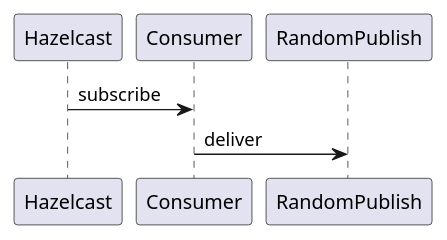
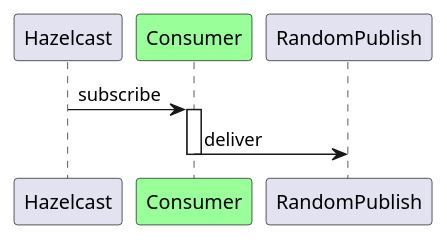
Before and after one commit to yurake/k8s-3tier-webapp: the diagram in docs/uml/consumer-hazelcast-quarkus.pu, drawn with PlantUML. The commit also changed 22 other files, not shown here.

```diff
--- a/docs/uml/consumer-hazelcast-quarkus.pu
+++ b/docs/uml/consumer-hazelcast-quarkus.pu
@@ -1,4 +1,8 @@
 @startuml consumer-hazelcast-quarkus
+participant Hazelcast
+participant Consumer as Consumer #99FF99
 Hazelcast -> Consumer: subscribe
+activate Consumer
 Consumer -> RandomPublish: deliver
+deactivate Consumer
 @enduml
```
